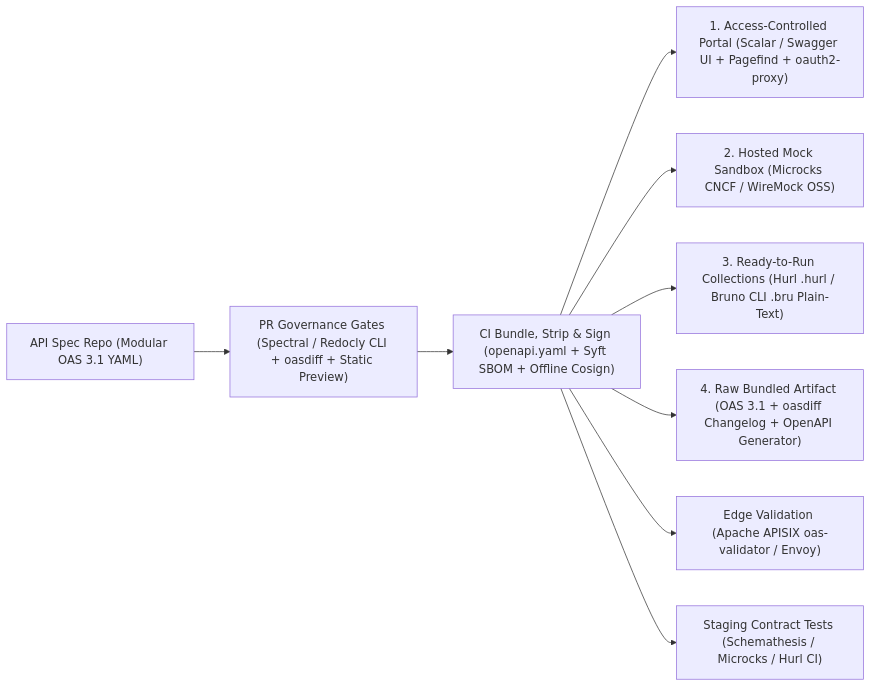
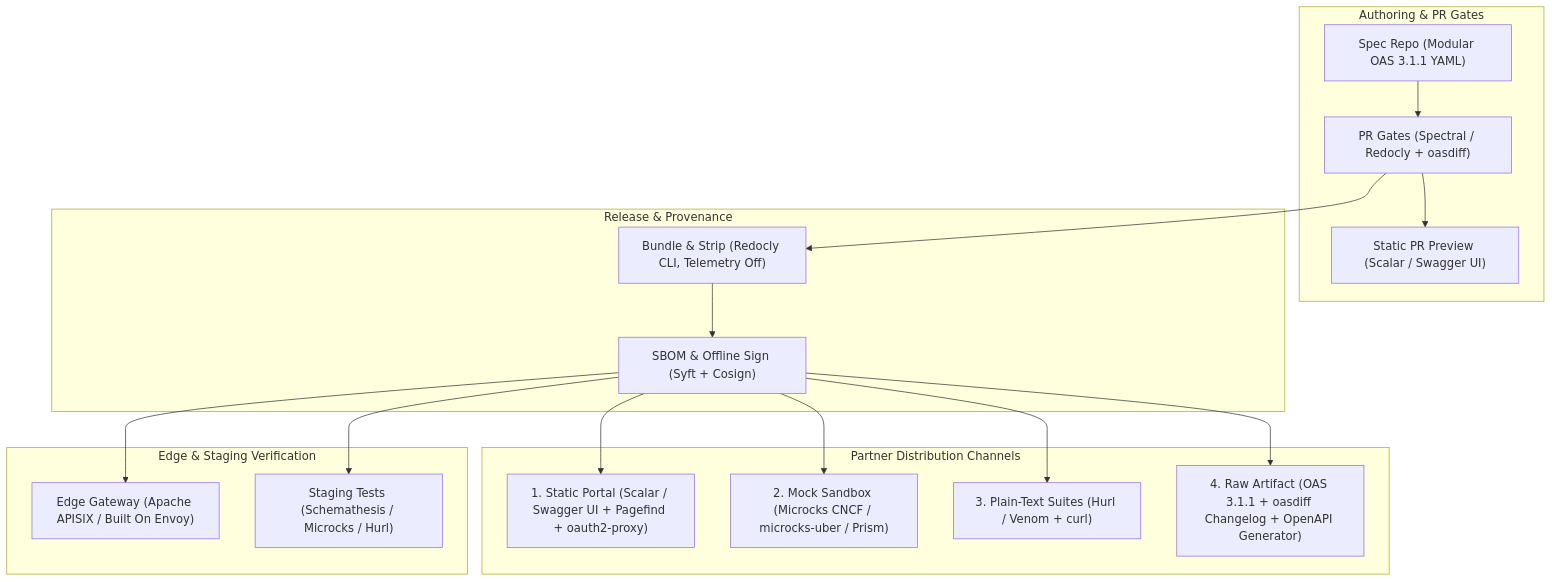
Before and after one commit to rohithtp/ThoughtsInWords: the diagram in articles/devops/design-first-partner-api-openapi-architecture.md, drawn with Mermaid. The commit also changed other lines of this file and 7 other files, not shown here.

Commit message:
feat(devops): add high-throughput API gateways article and review partner OpenAPI & gateway articles

````diff
--- a/articles/devops/design-first-partner-api-openapi-architecture.md
+++ b/articles/devops/design-first-partner-api-openapi-architecture.md
@@ -29,11 +31,34 @@
 ```mermaid
-flowchart LR
-    Repo["API Spec Repo (Modular OAS 3.1 YAML)"] --> PR["PR Governance Gates (Spectral / Redocly CLI + oasdiff + Static Preview)"]
-    PR --> Bundle["CI Bundle, Strip & Sign (openapi.yaml + Syft SBOM + Offline Cosign)"]
-    Bundle --> Portal["1. Access-Controlled Portal (Scalar / Swagger UI + Pagefind + oauth2-proxy)"]
-    Bundle --> Mock["2. Hosted Mock Sandbox (Microcks CNCF / WireMock OSS)"]
-    Bundle --> Coll["3. Ready-to-Run Collections (Hurl .hurl / Bruno CLI .bru Plain-Text)"]
-    Bundle --> Raw["4. Raw Bundled Artifact (OAS 3.1 + oasdiff Changelog + OpenAPI Generator)"]
-    Bundle --> Edge["Edge Validation (Apache APISIX oas-validator / Envoy)"]
-    Bundle --> Test["Staging Contract Tests (Schemathesis / Microcks / Hurl CI)"]
+flowchart TD
+    subgraph Authoring["Authoring & PR Gates"]
+        Repo["Spec Repo (Modular OAS 3.1.1 YAML)"]
+        Gate["PR Gates (Spectral / Redocly + oasdiff)"]
+        Preview["Static PR Preview (Scalar / Swagger UI)"]
+        Repo --> Gate --> Preview
+    end
+
+    subgraph Release["Release & Provenance"]
+        Bundle["Bundle & Strip (Redocly CLI, Telemetry Off)"]
+        Sign["SBOM & Offline Sign (Syft + Cosign)"]
+        Gate --> Bundle --> Sign
+    end
+
+    subgraph Channels["Partner Distribution Channels"]
+        Portal["1. Static Portal (Scalar / Swagger UI + Pagefind + oauth2-proxy)"]
+        Mock["2. Mock Sandbox (Microcks CNCF / microcks-uber / Prism)"]
+        Coll["3. Plain-Text Suites (Hurl / Venom + curl)"]
+        Raw["4. Raw Artifact (OAS 3.1.1 + oasdiff Changelog + OpenAPI Generator)"]
+    end
+
+    subgraph Runtime["Edge & Staging Verification"]
+        Edge["Edge Gateway (Apache APISIX / Built On Envoy)"]
+        Test["Staging Tests (Schemathesis / Microcks / Hurl)"]
+    end
+
+    Sign --> Portal
+    Sign --> Mock
+    Sign --> Coll
+    Sign --> Raw
+    Sign --> Edge
+    Sign --> Test
 ```
````
